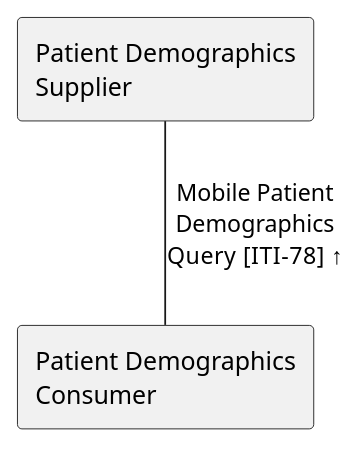
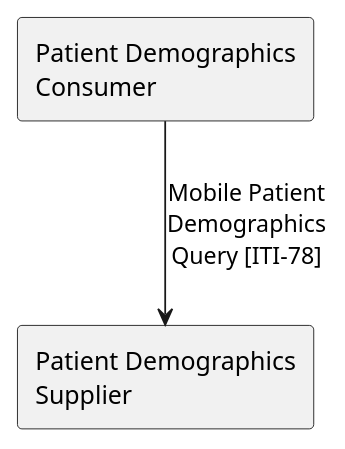
The diagram in input/images-source/PDQm-Actor-Diagram.plantuml (IHE/ITI.PDQm), drawn with PlantUML before and after one commit. The commit also changed 2 other files, not shown here.

Commit message:
Actor diagram cleanup testplan fix actor name to be generic rather than Pediatrics. close #24

```diff
--- a/input/images-source/PDQm-Actor-Diagram.plantuml
+++ b/input/images-source/PDQm-Actor-Diagram.plantuml
@@ -1,5 +1,5 @@
 @startuml
 agent "Patient Demographics\nConsumer" as Client
 agent "Patient Demographics\nSupplier" as Server
-Server -- Client  : "Mobile Patient\nDemographics\nQuery [ITI-78] ↑" 
+Client -down-> Server  : "Mobile Patient\nDemographics\nQuery [ITI-78]"
 @enduml
```
